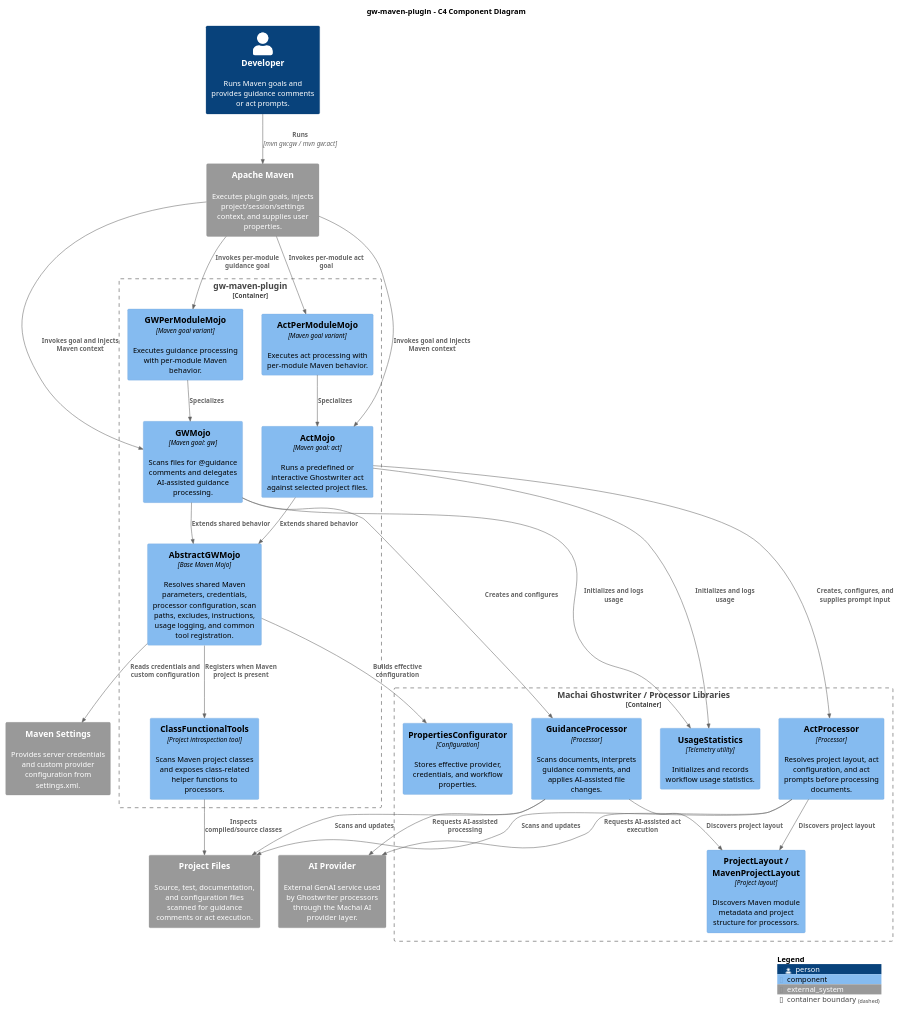
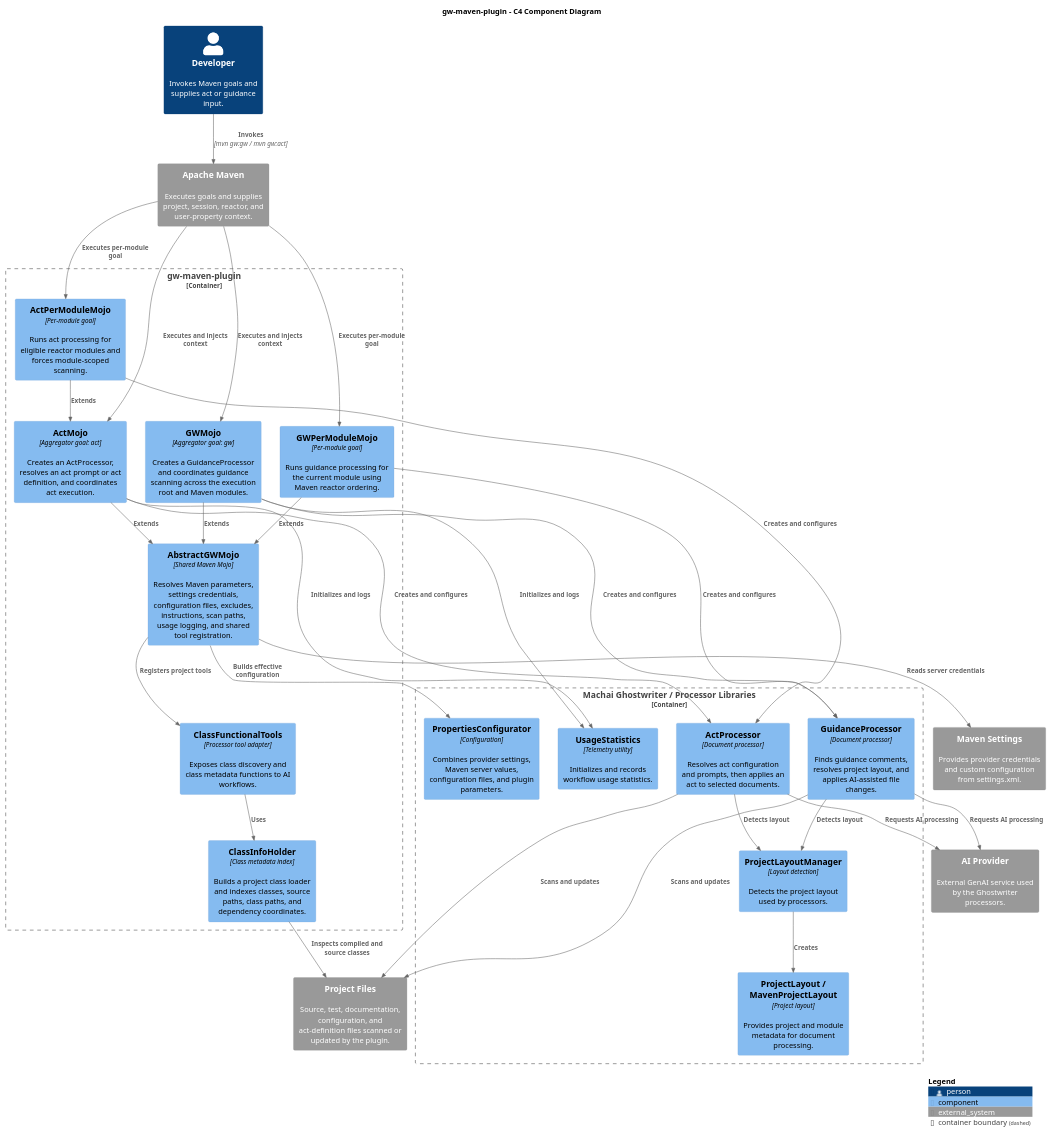
The diagram in gw-maven-plugin/src/site/puml/project-structure/c4-diagram.puml (machanism-org/machai), drawn with PlantUML before and after one commit. The commit also changed 79 other files, not shown here.

```diff
--- a/gw-maven-plugin/src/site/puml/project-structure/c4-diagram.puml
+++ b/gw-maven-plugin/src/site/puml/project-structure/c4-diagram.puml
@@ -10,59 +10,65 @@
 @startuml gw-maven-plugin-components
 !include <C4/C4_Component>
 
 LAYOUT_WITH_LEGEND()
 
 title gw-maven-plugin - C4 Component Diagram
 
-Person(developer, "Developer", "Runs Maven goals and provides guidance comments or act prompts.")
+Person(developer, "Developer", "Invokes Maven goals and supplies act or guidance input.")
 
-System_Ext(maven, "Apache Maven", "Executes plugin goals, injects project/session/settings context, and supplies user properties.")
-System_Ext(maven_settings, "Maven Settings", "Provides server credentials and custom provider configuration from settings.xml.")
-System_Ext(ai_provider, "AI Provider", "External GenAI service used by Ghostwriter processors through the Machai AI provider layer.")
-System_Ext(project_files, "Project Files", "Source, test, documentation, and configuration files scanned for guidance comments or act execution.")
+System_Ext(maven, "Apache Maven", "Executes goals and supplies project, session, reactor, and user-property context.")
+System_Ext(maven_settings, "Maven Settings", "Provides provider credentials and custom configuration from settings.xml.")
+System_Ext(ai_provider, "AI Provider", "External GenAI service used by the Ghostwriter processors.")
+System_Ext(project_files, "Project Files", "Source, test, documentation, configuration, and act-definition files scanned or updated by the plugin.")
 
 Container_Boundary(plugin, "gw-maven-plugin") {
-    Component(abstract_mojo, "AbstractGWMojo", "Base Maven Mojo", "Resolves shared Maven parameters, credentials, processor configuration, scan paths, excludes, instructions, usage logging, and common tool registration.")
-    Component(gw_mojo, "GWMojo", "Maven goal: gw", "Scans files for @guidance comments and delegates AI-assisted guidance processing.")
-    Component(act_mojo, "ActMojo", "Maven goal: act", "Runs a predefined or interactive Ghostwriter act against selected project files.")
-    Component(gw_per_module_mojo, "GWPerModuleMojo", "Maven goal variant", "Executes guidance processing with per-module Maven behavior.")
-    Component(act_per_module_mojo, "ActPerModuleMojo", "Maven goal variant", "Executes act processing with per-module Maven behavior.")
-    Component(class_tools, "ClassFunctionalTools", "Project introspection tool", "Scans Maven project classes and exposes class-related helper functions to processors.")
+    Component(abstract_mojo, "AbstractGWMojo", "Shared Maven Mojo", "Resolves Maven parameters, settings credentials, configuration files, excludes, instructions, scan paths, usage logging, and shared tool registration.")
+    Component(gw_mojo, "GWMojo", "Aggregator goal: gw", "Creates a GuidanceProcessor and coordinates guidance scanning across the execution root and Maven modules.")
+    Component(act_mojo, "ActMojo", "Aggregator goal: act", "Creates an ActProcessor, resolves an act prompt or act definition, and coordinates act execution.")
+    Component(gw_per_module_mojo, "GWPerModuleMojo", "Per-module goal", "Runs guidance processing for the current module using Maven reactor ordering.")
+    Component(act_per_module_mojo, "ActPerModuleMojo", "Per-module goal", "Runs act processing for eligible reactor modules and forces module-scoped scanning.")
+
+    Component(class_tools, "ClassFunctionalTools", "Processor tool adapter", "Exposes class discovery and class metadata functions to AI workflows.")
+    Component(class_info_holder, "ClassInfoHolder", "Class metadata index", "Builds a project class loader and indexes classes, source paths, class paths, and dependency coordinates.")
 }
 
 Container_Boundary(ghostwriter, "Machai Ghostwriter / Processor Libraries") {
-    Component(guidance_processor, "GuidanceProcessor", "Processor", "Scans documents, interprets guidance comments, and applies AI-assisted file changes.")
-    Component(act_processor, "ActProcessor", "Processor", "Resolves project layout, act configuration, and act prompts before processing documents.")
-    Component(configurator, "PropertiesConfigurator", "Configuration", "Stores effective provider, credentials, and workflow properties.")
-    Component(project_layout, "ProjectLayout / MavenProjectLayout", "Project layout", "Discovers Maven module metadata and project structure for processors.")
+    Component(guidance_processor, "GuidanceProcessor", "Document processor", "Finds guidance comments, resolves project layout, and applies AI-assisted file changes.")
+    Component(act_processor, "ActProcessor", "Document processor", "Resolves act configuration and prompts, then applies an act to selected documents.")
+    Component(configurator, "PropertiesConfigurator", "Configuration", "Combines provider settings, Maven server values, configuration files, and plugin parameters.")
+    Component(project_layout_manager, "ProjectLayoutManager", "Layout detection", "Detects the project layout used by processors.")
+    Component(project_layout, "ProjectLayout / MavenProjectLayout", "Project layout", "Provides project and module metadata for document processing.")
     Component(usage_stats, "UsageStatistics", "Telemetry utility", "Initializes and records workflow usage statistics.")
 }
 
-Rel(developer, maven, "Runs", "mvn gw:gw / mvn gw:act")
-Rel(maven, gw_mojo, "Invokes goal and injects Maven context")
-Rel(maven, act_mojo, "Invokes goal and injects Maven context")
-Rel(maven, gw_per_module_mojo, "Invokes per-module guidance goal")
-Rel(maven, act_per_module_mojo, "Invokes per-module act goal")
-Rel(abstract_mojo, maven_settings, "Reads credentials and custom configuration")
+Rel(developer, maven, "Invokes", "mvn gw:gw / mvn gw:act")
+Rel(maven, gw_mojo, "Executes and injects context")
+Rel(maven, act_mojo, "Executes and injects context")
+Rel(maven, gw_per_module_mojo, "Executes per-module goal")
+Rel(maven, act_per_module_mojo, "Executes per-module goal")
+Rel(abstract_mojo, maven_settings, "Reads server credentials")
 Rel(abstract_mojo, configurator, "Builds effective configuration")
-Rel(abstract_mojo, class_tools, "Registers when Maven project is present")
+Rel(abstract_mojo, class_tools, "Registers project tools")
 
-Rel(gw_mojo, abstract_mojo, "Extends shared behavior")
-Rel(act_mojo, abstract_mojo, "Extends shared behavior")
-Rel(gw_per_module_mojo, gw_mojo, "Specializes")
-Rel(act_per_module_mojo, act_mojo, "Specializes")
-
+Rel(gw_mojo, abstract_mojo, "Extends")
+Rel(act_mojo, abstract_mojo, "Extends")
+Rel(gw_per_module_mojo, abstract_mojo, "Extends")
+Rel(act_per_module_mojo, act_mojo, "Extends")
 Rel(gw_mojo, guidance_processor, "Creates and configures")
-Rel(act_mojo, act_processor, "Creates, configures, and supplies prompt input")
-Rel(guidance_processor, project_layout, "Discovers project layout")
-Rel(act_processor, project_layout, "Discovers project layout")
+Rel(act_mojo, act_processor, "Creates and configures")
+Rel(gw_per_module_mojo, guidance_processor, "Creates and configures")
+Rel(act_per_module_mojo, act_processor, "Creates and configures")
+Rel(guidance_processor, project_layout_manager, "Detects layout")
+Rel(act_processor, project_layout_manager, "Detects layout")
+Rel(project_layout_manager, project_layout, "Creates")
 Rel(guidance_processor, project_files, "Scans and updates")
 Rel(act_processor, project_files, "Scans and updates")
-Rel(guidance_processor, ai_provider, "Requests AI-assisted processing")
-Rel(act_processor, ai_provider, "Requests AI-assisted act execution")
-Rel(class_tools, project_files, "Inspects compiled/source classes")
-Rel(gw_mojo, usage_stats, "Initializes and logs usage")
-Rel(act_mojo, usage_stats, "Initializes and logs usage")
+Rel(guidance_processor, ai_provider, "Requests AI processing")
+Rel(act_processor, ai_provider, "Requests AI processing")
+Rel(class_tools, class_info_holder, "Uses")
+Rel(class_info_holder, project_files, "Inspects compiled and source classes")
+Rel(gw_mojo, usage_stats, "Initializes and logs")
+Rel(act_mojo, usage_stats, "Initializes and logs")
 
 SHOW_LEGEND()
 @enduml
```
